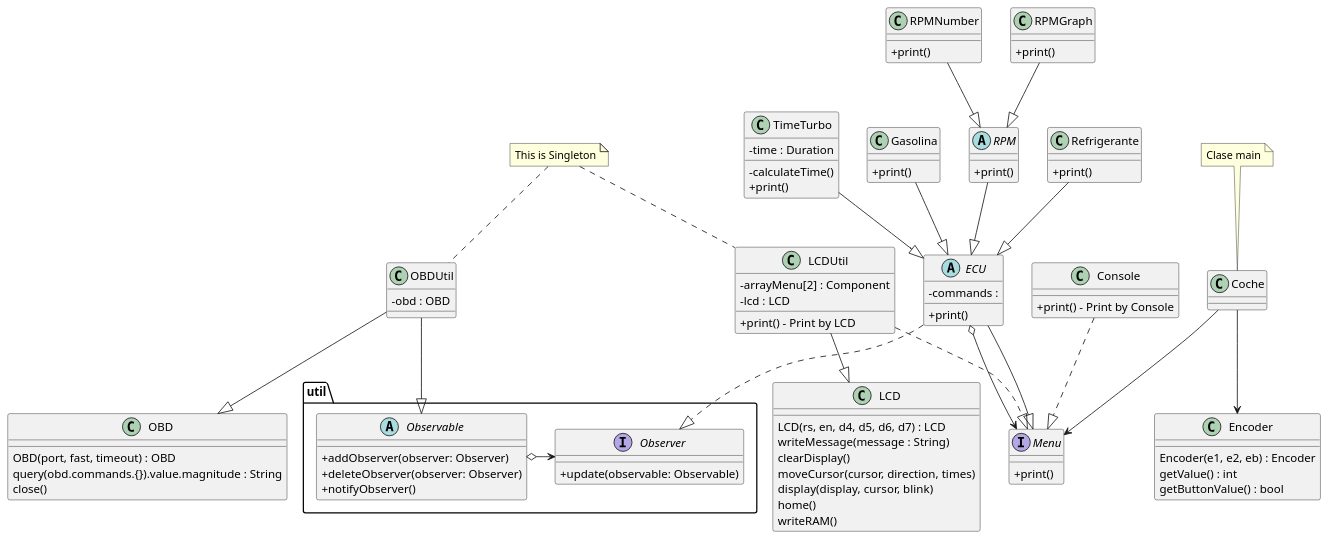
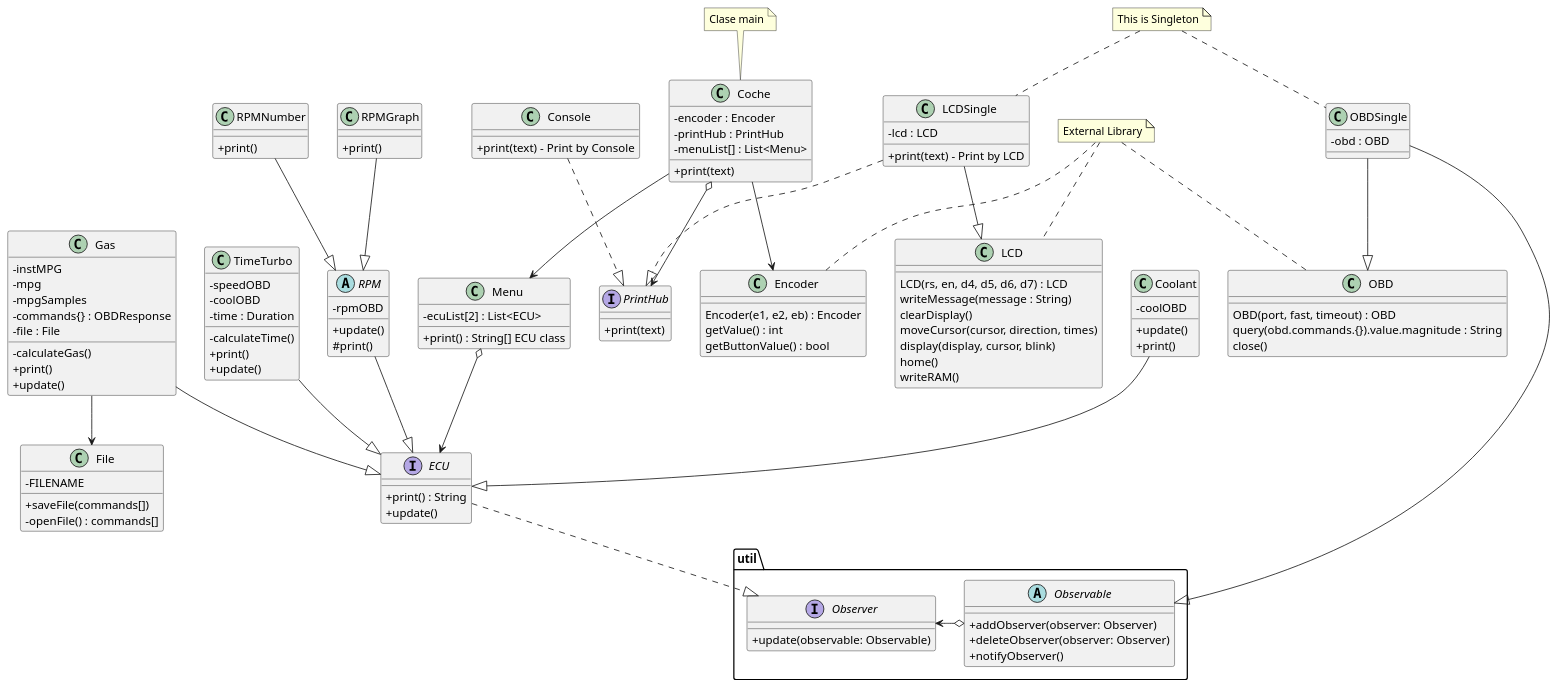
One commit to TahedoranIX/RPMGauge changed the diagram in doc/NuevoPlanteamiento.puml. Above: the diagram before and after it, drawn with PlantUML. The commit also changed 21 other files, not shown here.

```diff
--- a/doc/NuevoPlanteamiento.puml
+++ b/doc/NuevoPlanteamiento.puml
@@ -1,139 +1,163 @@
 @startuml
 
 skinparam classAttributeIconSize 0
-
-class Coche {
-
-}
-Coche --> Encoder
-Coche --> Menu
-
-class Encoder {
-Encoder(e1, e2, eb) : Encoder
-getValue() : int
-getButtonValue() : bool
-}
 
 package util <<Folder>> {
     interface Observer {
     +update(observable: Observable)
     }
     abstract Observable {
     +addObserver(observer: Observer)
     +deleteObserver(observer: Observer)
     +notifyObserver()
     }
 }
-Observable o-left-> Observer
+Observable o-right-> Observer
+
+class Coche {
+-encoder : Encoder
+-printHub : PrintHub
+-menuList[] : List<Menu>
++print(text)
+}
+Coche o--> PrintHub
+Coche --> Menu
+Coche --> Encoder
+
+class Console {
++print(text) - Print by Console
+}
+Console ..|> PrintHub
+
+class Coolant {
+-coolOBD
++update()
++print()
+}
+Coolant --|> ECU
+
+interface ECU {
++print() : String
++update()
+}
+ECU ..|> Observer
+
+class Encoder {
+Encoder(e1, e2, eb) : Encoder
+getValue() : int
+getButtonValue() : bool
+}
+
+class Gas {
+-instMPG
+-mpg
+-mpgSamples
+-commands{} : OBDResponse
+-file : File
+-calculateGas()
++print()
++update()
+}
+Gas --|> ECU
+Gas --> File
 
 class LCD {
 LCD(rs, en, d4, d5, d6, d7) : LCD
 writeMessage(message : String)
 clearDisplay()
 moveCursor(cursor, direction, times)
 display(display, cursor, blink)
 home()
 writeRAM()
 }
 
-class LCDUtil {
--arrayMenu[2] : Component
+class LCDSingle {
 -lcd : LCD
-+print() - Print by LCD
++print(text) - Print by LCD
 }
-LCDUtil ..|> Menu
-LCDUtil --|> LCD
+LCDSingle ..|> PrintHub
+LCDSingle --|> LCD
 
-class Console {
-+print() - Print by Console
+class Menu {
+-ecuList[2] : List<ECU>
++print() : String[] ECU class
 }
-Console ..|> Menu
+Menu o--> ECU
 
 class OBD {
+
 OBD(port, fast, timeout) : OBD
 query(obd.commands.{}).value.magnitude : String
 close()
 }
 
-class OBDUtil {
+class OBDSingle {
 -obd : OBD
 }
-OBDUtil --|> Observable
-OBDUtil --|> OBD
+OBDSingle --|> Observable
+OBDSingle --|> OBD
 
-abstract ECU {
--commands :
-
-+print()
+interface PrintHub {
++print(text)
 }
-ECU ..|> Observer
-ECU o--> Menu
-ECU --|> Menu
-'ECU --|> Component
-
-'abstract Component {
-'+print()
-'}
-'Component o--> Menu
-'Component --|> Menu
-
-class TimeTurbo {
--time : Duration
--calculateTime()
-+print()
-}
-TimeTurbo --|> ECU
-
-class Gasolina {
-
-+print()
-}
-Gasolina --|> ECU
 
 abstract RPM {
-
-+print()
+-rpmOBD
++update()
+#print()
 }
 RPM --|> ECU
 
 class RPMNumber {
-
 +print()
 }
 RPMNumber --|> RPM
 
 class RPMGraph {
 
 +print()
 }
 RPMGraph --|> RPM
 
-class Refrigerante {
+class File {
+-FILENAME
++saveFile(commands[])
+-openFile() : commands[]
+}
 
+class TimeTurbo {
+-speedOBD
+-coolOBD
+-time : Duration
+-calculateTime()
 +print()
++update()
 }
-Refrigerante --|> ECU
+TimeTurbo --|> ECU
 
-interface Menu {
-+print()
-}
+
+
+note "External Library" as Lib
+Lib .. LCD
+Lib .. OBD
+Lib .. Encoder
 
 note "Clase main" as Main
 Main .. Coche
 
 note "This is Singleton" as Singleton
-Singleton .. OBDUtil
-Singleton .. LCDUtil
+Singleton .. OBDSingle
+Singleton .. LCDSingle
 
 
 
 
 
 
 
 
 
 
 
 
 @enduml
```
